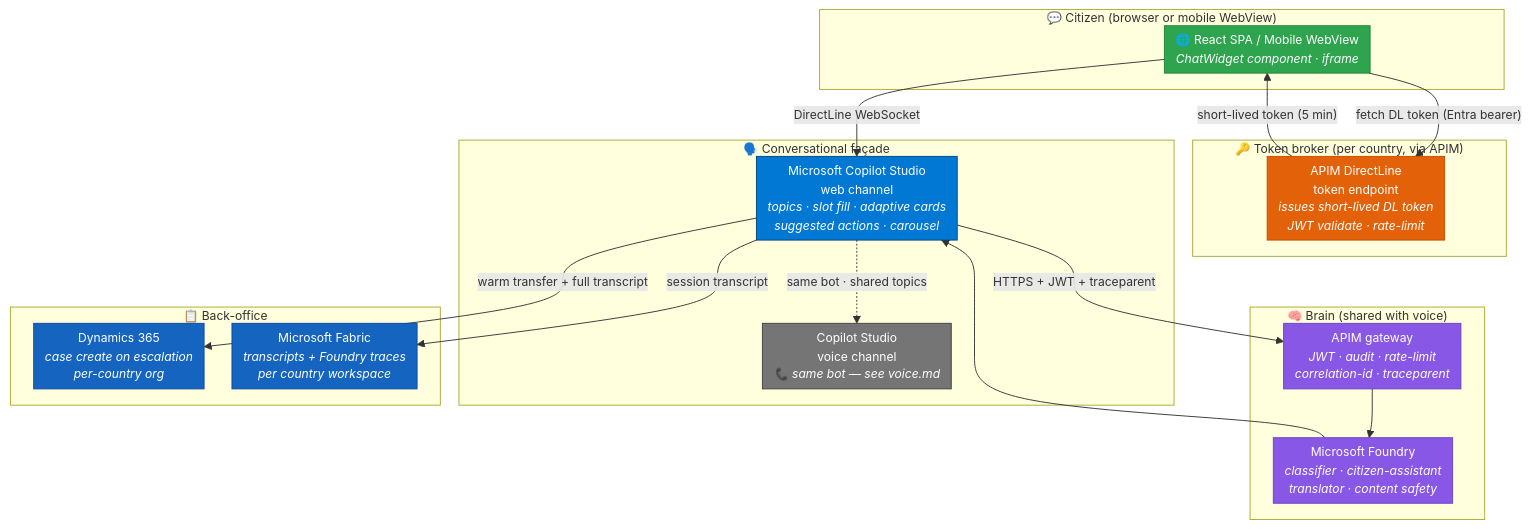
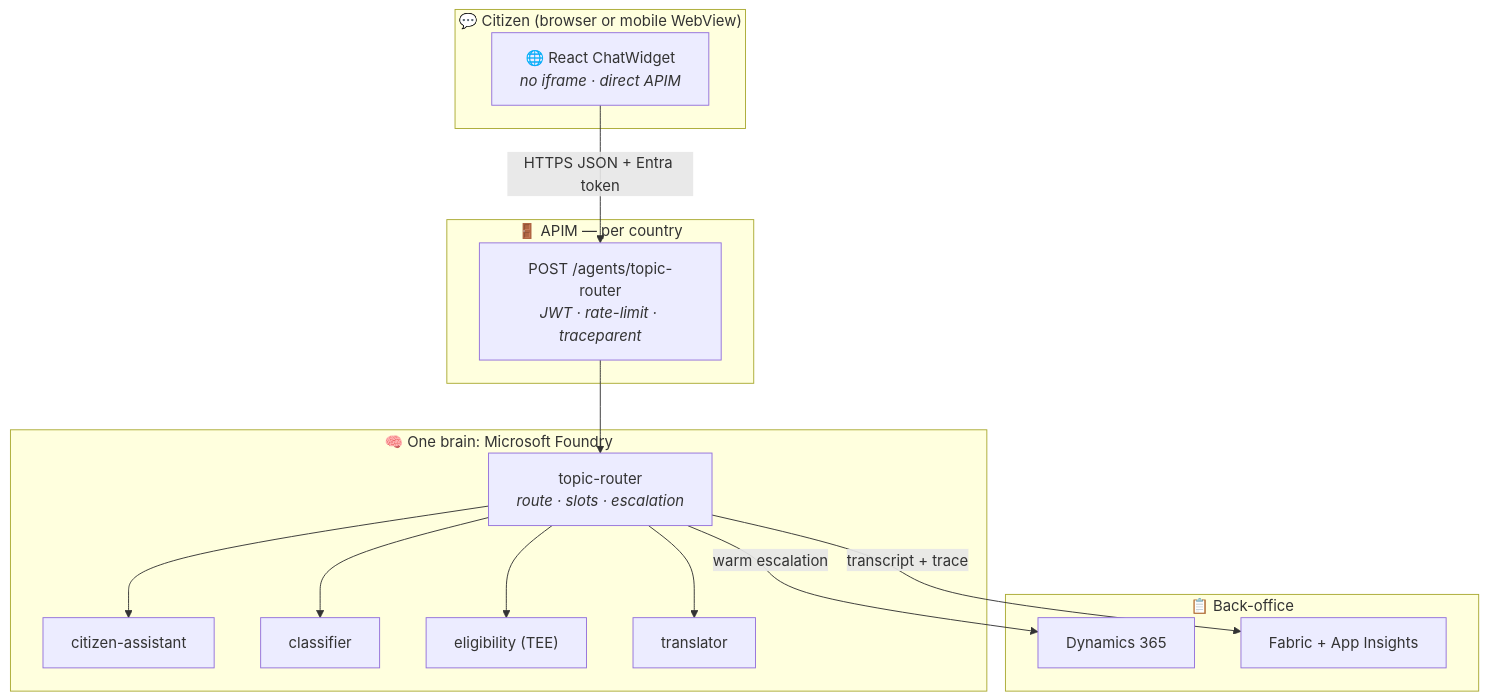
The first of 4 diagrams in docs/biz/chat.md (fredgis/UDCSP), drawn with Mermaid before and after one commit. The commit also changed other lines of this file and 193 other files, not shown here.

````diff
--- a/docs/biz/chat.md
+++ b/docs/biz/chat.md
@@ -78,51 +82,25 @@
 ```mermaid
-%%{ init: { 'flowchart': { 'nodeSpacing': 30, 'rankSpacing': 35, 'padding': 6 }, 'themeVariables': { 'fontSize': '13px' } } }%%
 flowchart TB
     subgraph CITIZEN["💬 Citizen (browser or mobile WebView)"]
-        BROWSER["🌐 React SPA / Mobile WebView<br/><i>ChatWidget component · iframe</i>"]
+        BROWSER["🌐 React ChatWidget<br/><i>no iframe · direct APIM</i>"]
     end
-
-    subgraph EDGE["🔑 Token broker (per country, via APIM)"]
-        APIM_TOKEN["APIM DirectLine<br/>token endpoint<br/><i>issues short-lived DL token<br/>JWT validate · rate-limit</i>"]
+    subgraph GATEWAY["🚪 APIM — per country"]
+        APIM["POST /agents/topic-router<br/><i>JWT · rate-limit · traceparent</i>"]
     end
-
-    subgraph FACADE["🗣️ Conversational façade"]
-        CS_WEB["Microsoft Copilot Studio<br/>web channel<br/><i>topics · slot fill · adaptive cards<br/>suggested actions · carousel</i>"]
-        CS_VOICE["Copilot Studio<br/>voice channel<br/><i>📞 same bot — see voice.md</i>"]
+    subgraph FOUNDRY["🧠 One brain: Microsoft Foundry"]
+        ROUTER["topic-router<br/><i>route · slots · escalation</i>"]
+        ASSIST["citizen-assistant"]
+        CLASS["classifier"]
+        ELIG["eligibility (TEE)"]
+        TRANS["translator"]
     end
-
-    subgraph CORE["🧠 Brain (shared with voice)"]
-        APIM["APIM gateway<br/><i>JWT · audit · rate-limit<br/>correlation-id · traceparent</i>"]
-        FOUNDRY["Microsoft Foundry<br/><i>classifier · citizen-assistant<br/>translator · content safety</i>"]
+    subgraph BACK["📋 Back-office"]
+        D365["Dynamics 365"]
+        FABRIC["Fabric + App Insights"]
     end
-
-    subgraph BACK["📋 Back-office"]
-        D365["Dynamics 365<br/><i>case create on escalation<br/>per-country org</i>"]
-        FABRIC["Microsoft Fabric<br/><i>transcripts + Foundry traces<br/>per country workspace</i>"]
-    end
-
-    BROWSER -->|"fetch DL token (Entra bearer)"| APIM_TOKEN
-    APIM_TOKEN -->|"short-lived token (5 min)"| BROWSER
-    BROWSER -->|"DirectLine WebSocket"| CS_WEB
-    CS_WEB -->|"HTTPS + JWT + traceparent"| APIM
-    APIM --> FOUNDRY
-    FOUNDRY --> CS_WEB
-    CS_WEB -->|"warm transfer + full transcript"| D365
-    CS_WEB -->|"session transcript"| FABRIC
-
-    CS_WEB -. "same bot · shared topics" .-> CS_VOICE
-
-    classDef cit fill:#2ea44f,stroke:#238636,color:#fff
-    classDef token fill:#e36209,stroke:#c24e00,color:#fff
-    classDef facade fill:#0078d4,stroke:#004578,color:#fff
-    classDef brain fill:#8957e5,stroke:#6e40c9,color:#fff
-    classDef back fill:#1565c0,stroke:#0d47a1,color:#fff
-    classDef voice fill:#757575,stroke:#424242,color:#fff
-
-    class BROWSER cit
-    class APIM_TOKEN token
-    class CS_WEB facade
-    class CS_VOICE voice
-    class APIM,FOUNDRY brain
-    class D365,FABRIC back
+    BROWSER -->|HTTPS JSON + Entra token| APIM
+    APIM --> ROUTER
+    ROUTER --> CLASS & ASSIST & ELIG & TRANS
+    ROUTER -->|warm escalation| D365
+    ROUTER -->|transcript + trace| FABRIC
 ```
````
